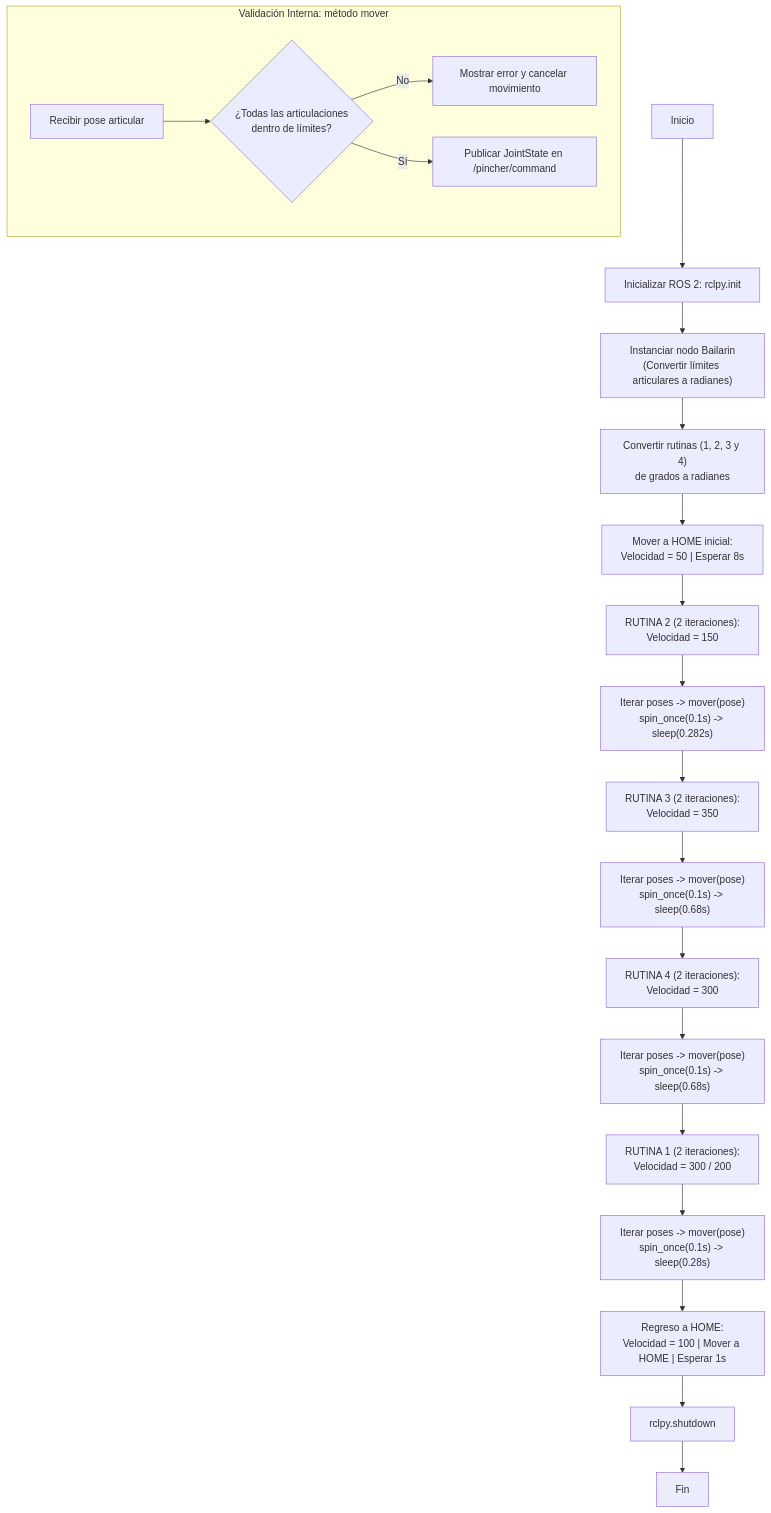
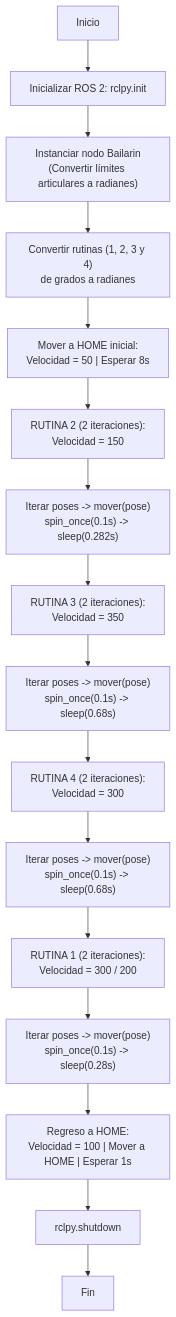
Diagram 11 of 11 in Laboratorio No. 05 - Robótica de Desarrollo ROS Jazzy y Phantom Pincher X100/README.MD (labsir-un/Robotica-2026-I-Equipo-3A-Arevalo-Lopez), drawn with Mermaid before and after one commit.

````diff
--- a/Laboratorio No. 05 - Robótica de Desarrollo ROS Jazzy y Phantom Pincher X100/README.MD
+++ b/Laboratorio No. 05 - Robótica de Desarrollo ROS Jazzy y Phantom Pincher X100/README.MD
@@ -649,31 +649,26 @@
 ```mermaid
 flowchart TD
     A[Inicio] --> B[Inicializar ROS 2: rclpy.init]
     B --> C["Instanciar nodo Bailarin\n(Convertir límites articulares a radianes)"]
     C --> D["Convertir rutinas (1, 2, 3 y 4)\nde grados a radianes"]
 
     D --> E["Mover a HOME inicial:\nVelocidad = 50 | Esperar 8s"]
 
     E --> F1["RUTINA 2 (2 iteraciones):\nVelocidad = 150"]
     F1 --> F2["Iterar poses -> mover(pose)\nspin_once(0.1s) -> sleep(0.282s)"]
 
     F2 --> G1["RUTINA 3 (2 iteraciones):\nVelocidad = 350"]
     G1 --> G2["Iterar poses -> mover(pose)\nspin_once(0.1s) -> sleep(0.68s)"]
 
     G2 --> H1["RUTINA 4 (2 iteraciones):\nVelocidad = 300"]
     H1 --> H2["Iterar poses -> mover(pose)\nspin_once(0.1s) -> sleep(0.68s)"]
 
     H2 --> I1["RUTINA 1 (2 iteraciones):\nVelocidad = 300 / 200"]
     I1 --> I2["Iterar poses -> mover(pose)\nspin_once(0.1s) -> sleep(0.28s)"]
 
     I2 --> J["Regreso a HOME:\nVelocidad = 100 | Mover a HOME | Esperar 1s"]
 
     J --> K[rclpy.shutdown]
     K --> L[Fin]
 
-    subgraph Validación Interna: método mover
-        M1[Recibir pose articular] --> M2{¿Todas las articulaciones\ndentro de límites?}
-        M2 -- No --> M3[Mostrar error y cancelar movimiento]
-        M2 -- Sí --> M4[Publicar JointState en /pincher/command]
-    end
 ```
````
